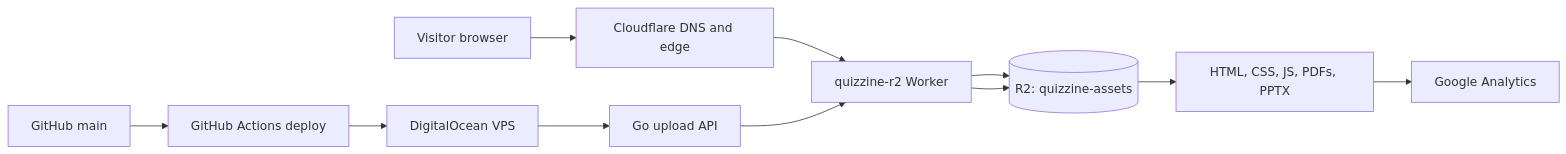
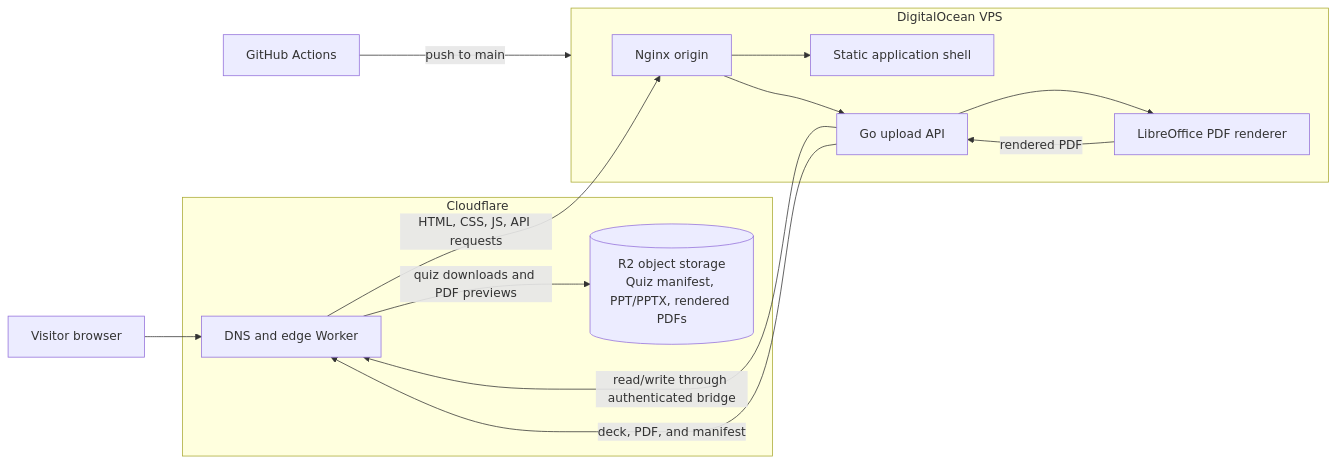
One commit to mohantyabhijit/quizzine changed the diagram in README.md. Above: the diagram before and after it, drawn with Mermaid. The commit also changed other lines of this file, not shown here.

Commit message:
docs: describe R2-backed upload and preview flow

````diff
--- a/README.md
+++ b/README.md
@@ -16,14 +16,27 @@
 ```mermaid
 flowchart LR
-  Visitor[Visitor browser] --> DNS[Cloudflare DNS and edge]
-  DNS --> Worker[quizzine-r2 Worker]
-  Worker --> R2[(R2: quizzine-assets)]
-  R2 --> Site[HTML, CSS, JS, PDFs, PPTX]
-  Site --> GA[Google Analytics]
+  visitor[Visitor browser]
 
-  GitHub[GitHub main] --> Actions[GitHub Actions deploy]
-  Actions --> VPS[DigitalOcean VPS]
-  VPS --> API[Go upload API]
-  API --> Worker
-  Worker --> R2
+  subgraph cloudflare[Cloudflare]
+    edge[DNS and edge Worker]
+    r2[(R2 object storage\nQuiz manifest, PPT/PPTX, rendered PDFs)]
+  end
+
+  subgraph digitalocean[DigitalOcean VPS]
+    nginx[Nginx origin]
+    web[Static application shell]
+    api[Go upload API]
+    render[LibreOffice PDF renderer]
+  end
+
+  github[GitHub Actions] -->|push to main| digitalocean
+  visitor --> edge
+  edge -->|HTML, CSS, JS, API requests| nginx
+  nginx --> web
+  nginx --> api
+  edge -->|quiz downloads and PDF previews| r2
+  api -->|read/write through authenticated bridge| edge
+  api --> render
+  render -->|rendered PDF| api
+  api -->|deck, PDF, and manifest| edge
 ```
````
